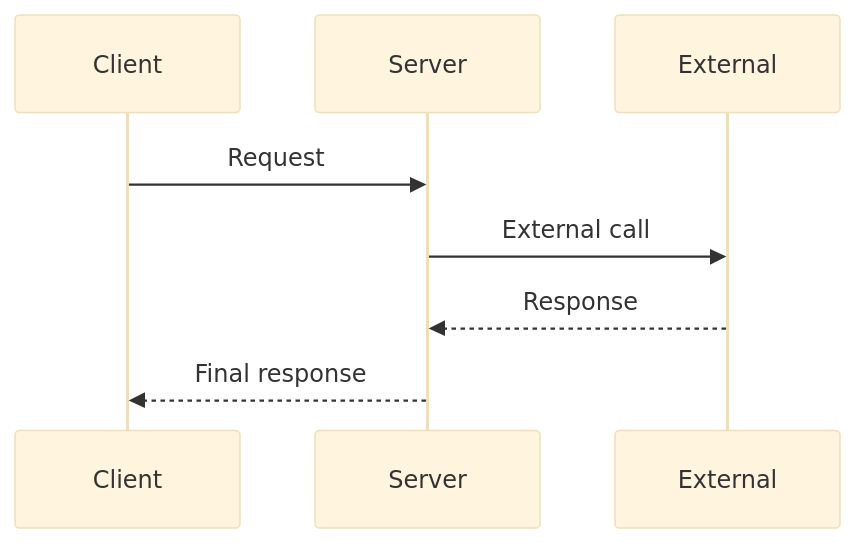
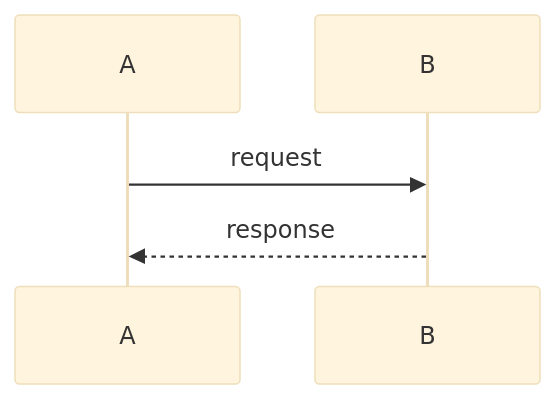
One commit to tusharpandey13/forge changed the diagram in skills/forge-design-creation/DESIGN-template.md. Above: the diagram before and after it, drawn with Mermaid (base theme). The commit also changed other lines of this file and 17 other files, not shown here.

````diff
--- a/skills/forge-design-creation/DESIGN-template.md
+++ b/skills/forge-design-creation/DESIGN-template.md
@@ -106,11 +106,7 @@
 ```mermaid
 sequenceDiagram
-    participant C as Client
-    participant S as Server
-    participant E as External
-
-    C->>S: Request
-    S->>E: External call
-    E-->>S: Response
-    S-->>C: Final response
+    participant A
+    participant B
+    A->>B: request
+    B-->>A: response
 ```
````
